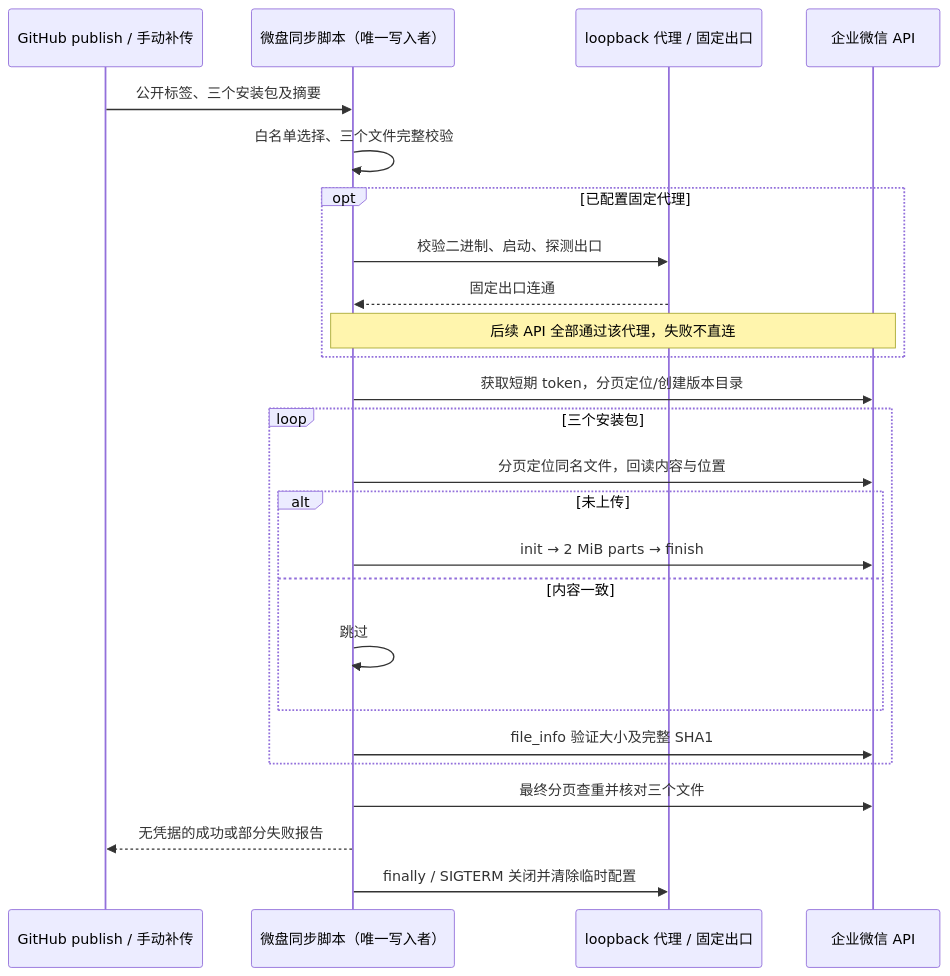
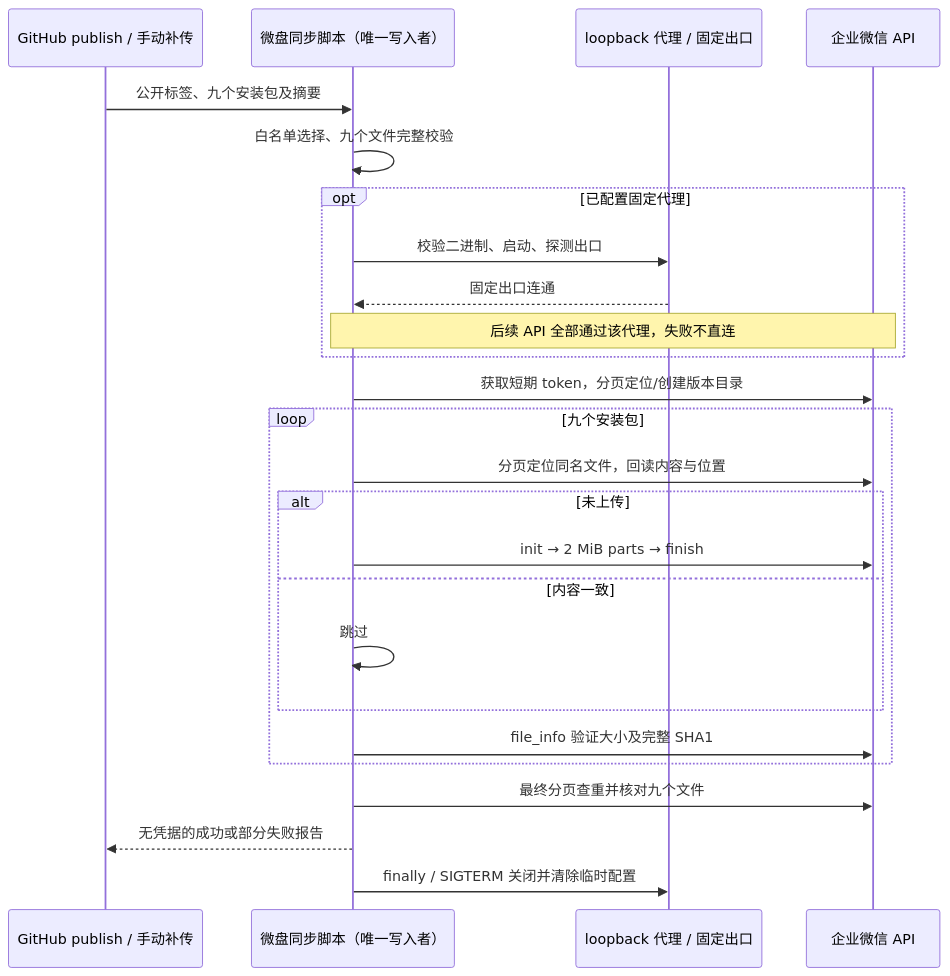
The diagram in specs/wecom-release-sync.md (Jas0nxlee/UWork_frontend), drawn with Mermaid before and after one commit. The commit also changed other lines of this file and 13 other files, not shown here.

````diff
--- a/specs/wecom-release-sync.md
+++ b/specs/wecom-release-sync.md
@@ -31,27 +31,27 @@
 ```mermaid
 sequenceDiagram
   participant GH as GitHub publish / 手动补传
   participant WF as 微盘同步脚本（唯一写入者）
   participant PX as loopback 代理 / 固定出口
   participant WX as 企业微信 API
-  GH->>WF: 公开标签、三个安装包及摘要
-  WF->>WF: 白名单选择、三个文件完整校验
+  GH->>WF: 公开标签、九个安装包及摘要
+  WF->>WF: 白名单选择、九个文件完整校验
   opt 已配置固定代理
     WF->>PX: 校验二进制、启动、探测出口
     PX-->>WF: 固定出口连通
     Note over WF,WX: 后续 API 全部通过该代理，失败不直连
   end
   WF->>WX: 获取短期 token，分页定位/创建版本目录
-  loop 三个安装包
+  loop 九个安装包
     WF->>WX: 分页定位同名文件，回读内容与位置
     alt 未上传
       WF->>WX: init → 2 MiB parts → finish
     else 内容一致
       WF->>WF: 跳过
     end
     WF->>WX: file_info 验证大小及完整 SHA1
   end
-  WF->>WX: 最终分页查重并核对三个文件
+  WF->>WX: 最终分页查重并核对九个文件
   WF-->>GH: 无凭据的成功或部分失败报告
   WF->>PX: finally / SIGTERM 关闭并清除临时配置
 ```
````
